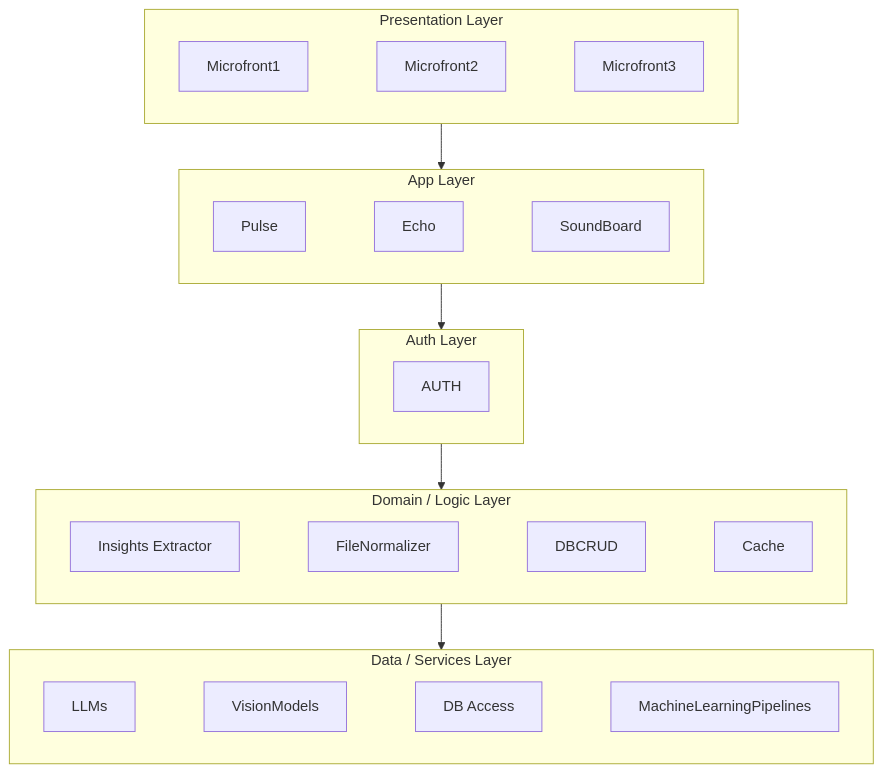
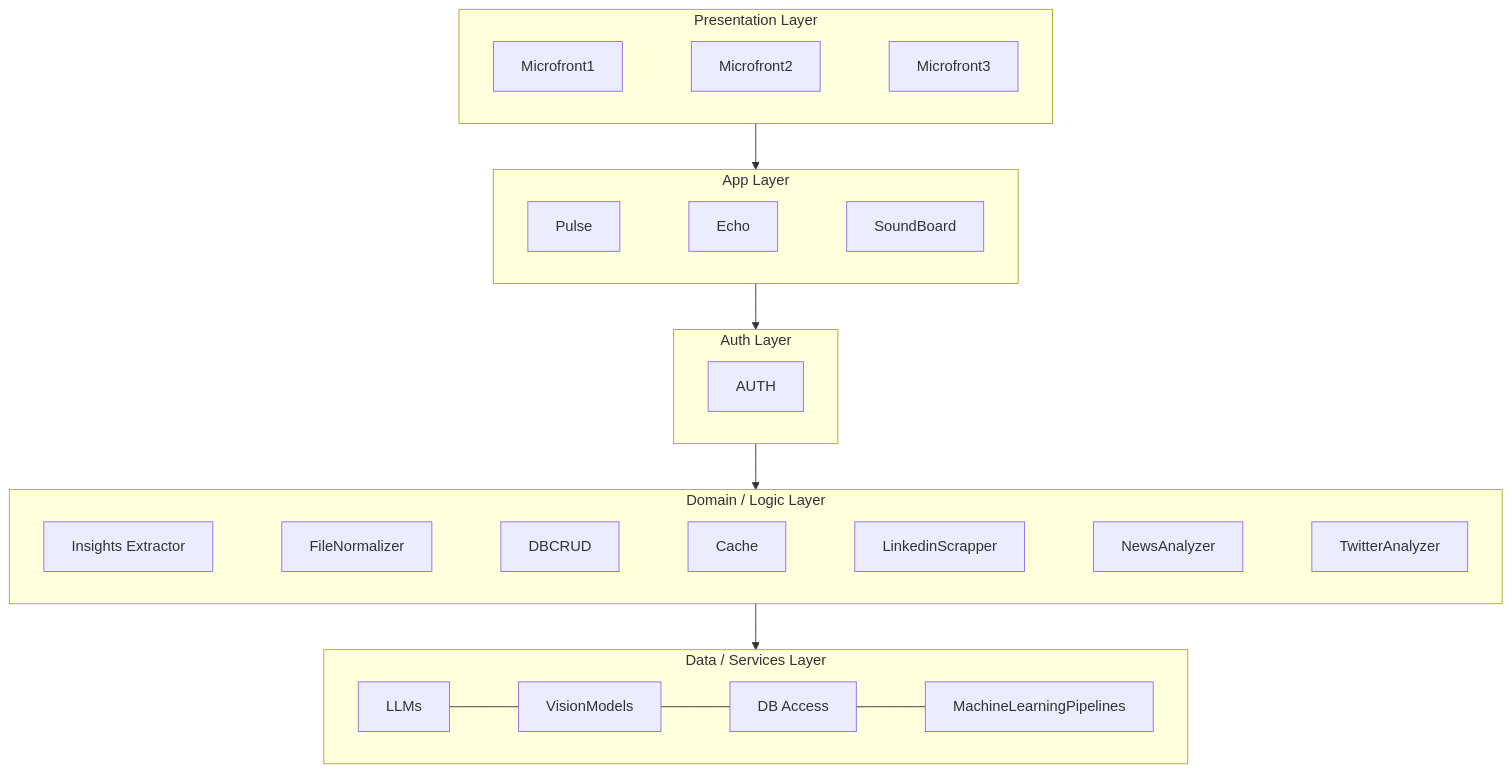
One commit to XylenceDevs/developers_docs changed the diagram in architecture/high_level_arch.md. Above: the diagram before and after it, drawn with Mermaid. The commit also changed other lines of this file, not shown here.

Commit message:
more modules

````diff
--- a/architecture/high_level_arch.md
+++ b/architecture/high_level_arch.md
@@ -6,73 +6,79 @@
 ```mermaid 
 %% Fuerza layout horizontal de los módulos con enlaces invisibles
 flowchart TB
 
     %% ===== Presentation =====
     subgraph Presentation_Layer [Presentation Layer]
         direction LR
         Microfront1[Microfront1]
         Microfront2[Microfront2]
         Microfront3[Microfront3]
 
         %% Enlaces invisibles para forzar horizontal
         Microfront1 --- Microfront2
         Microfront2 --- Microfront3
     end
 
     %% ===== App =====
     subgraph App_Layer [App Layer]
         direction LR
         Pulse[Pulse]
         Echo[Echo]
         SoundBoard[SoundBoard]
 
         %% Enlaces invisibles para forzar horizontal
         Pulse --- Echo
         Echo --- SoundBoard
     end
 
     %% ===== Auth =====
     subgraph Auth_Layer [Auth Layer]
         direction LR
         AUTH[AUTH]
     end
 
     %% ===== Domain / Logic =====
     subgraph Domain_Layer [Domain / Logic Layer]
         direction LR
         InsightsExtractor[Insights Extractor]
         FileNormalizer[FileNormalizer]
         DBCRUD[DBCRUD]
         Cache[Cache]
+        LinkedinScrapper[LinkedinScrapper]
+        NewsAnalyzer[NewsAnalyzer]
+        TwitterAnalyzer[TwitterAnalyzer]
 
         %% Enlaces invisibles para forzar horizontal
         InsightsExtractor --- FileNormalizer
         FileNormalizer --- DBCRUD
         DBCRUD --- Cache
+        Cache --- LinkedinScrapper
+        LinkedinScrapper --- NewsAnalyzer
+        NewsAnalyzer --- TwitterAnalyzer
     end
 
     %% ===== Data / Services =====
     subgraph Data_Layer [Data / Services Layer]
         direction LR
         LLMs[LLMs]
         VisionModels[VisionModels]
         DBAccess[DB Access]
         MLPipelines[MachineLearningPipelines]
 
         %% Enlaces invisibles para forzar horizontal
         LLMs --- VisionModels
         VisionModels --- DBAccess
         DBAccess --- MLPipelines
     end
 
     %% ===== Relaciones entre capas (vertical) =====
     Presentation_Layer --> App_Layer
     App_Layer --> Auth_Layer
     Auth_Layer --> Domain_Layer
     Domain_Layer --> Data_Layer
 
     %% ===== Estilos: ocultar enlaces internos (0..9) =====
     %% (Ajustar índices si agregás/quitas líneas de enlace antes)
     linkStyle 0,1,2,3,4,5,6,7,8,9 stroke:transparent,stroke-width:0px
 
 ```
````
